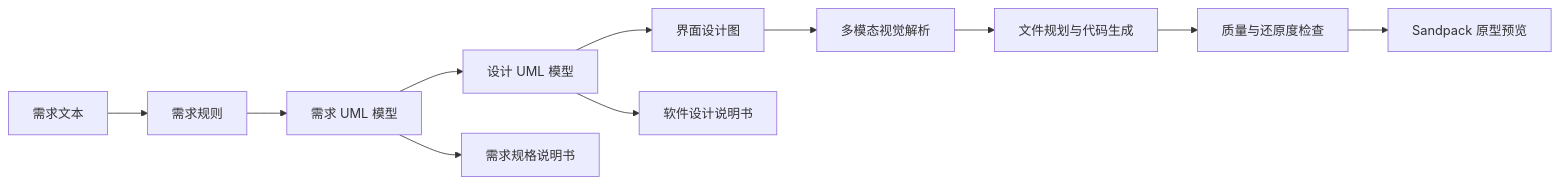
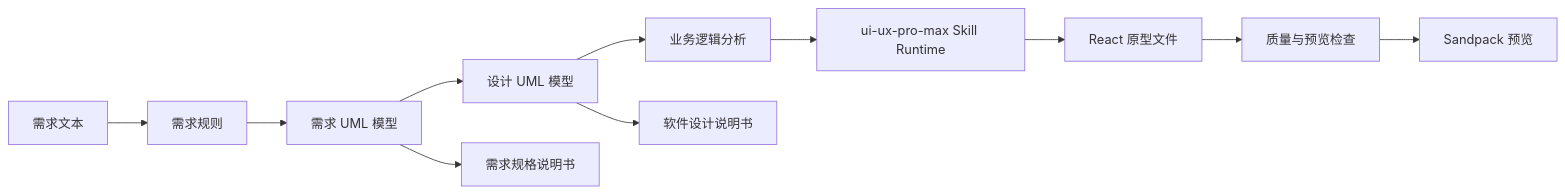
One commit to guolola/uml-experimental-platform changed the diagram in README.md. Above: the diagram before and after it, drawn with Mermaid. The commit also changed other lines of this file and 90 other files, not shown here.

````diff
--- a/README.md
+++ b/README.md
@@ -21,13 +77,13 @@
 ```mermaid
 flowchart LR
   A["需求文本"] --> B["需求规则"]
   B --> C["需求 UML 模型"]
   C --> D["设计 UML 模型"]
-  D --> E["界面设计图"]
-  E --> F["多模态视觉解析"]
-  F --> G["文件规划与代码生成"]
-  G --> H["质量与还原度检查"]
-  H --> I["Sandpack 原型预览"]
+  D --> E["业务逻辑分析"]
+  E --> F["ui-ux-pro-max Skill Runtime"]
+  F --> G["React 原型文件"]
+  G --> H["质量与预览检查"]
+  H --> I["Sandpack 预览"]
   C --> J["需求规格说明书"]
   D --> K["软件设计说明书"]
 ```
````
